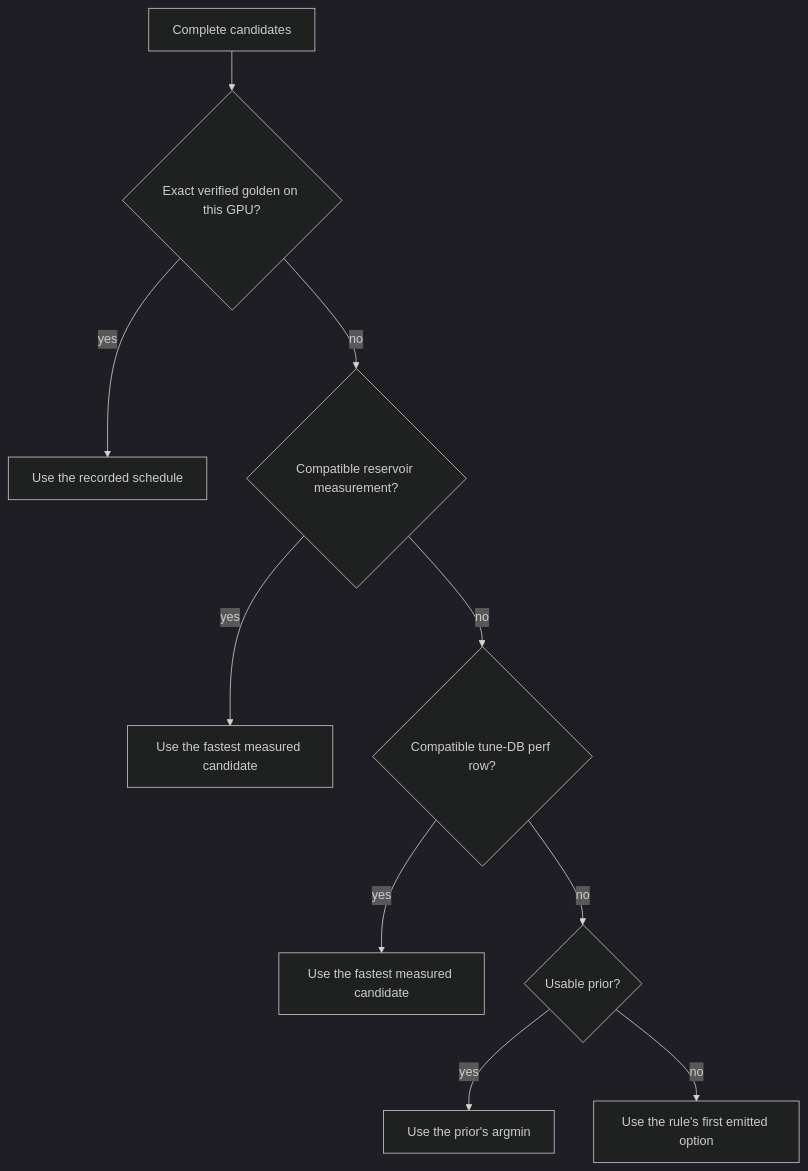
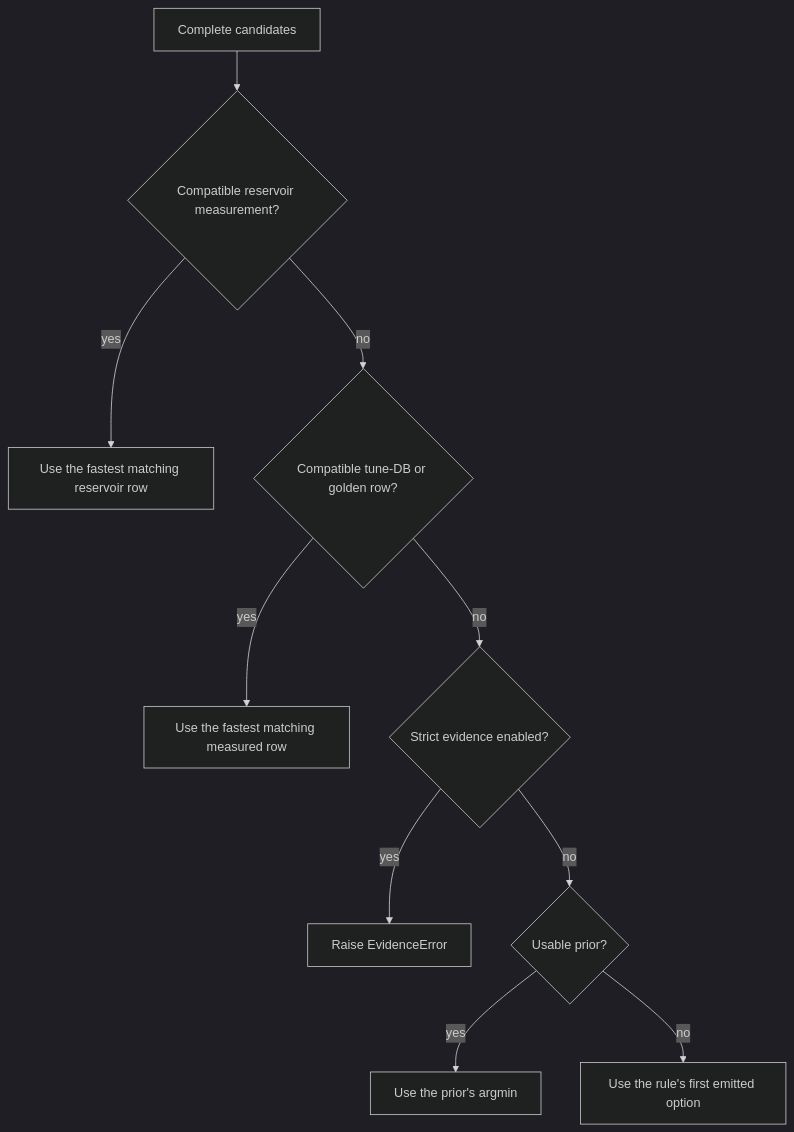
One commit to cloudrift-ai/emmy changed the first of 3 diagrams in docs/docs/course/prior_and_goldens.mdx. Above: the diagram before and after it, drawn with Mermaid (dark theme). The commit also changed other lines of this file and 5 other files, not shown here.

````diff
--- a/docs/docs/course/prior_and_goldens.mdx
+++ b/docs/docs/course/prior_and_goldens.mdx
@@ -86,12 +87,12 @@
 ```mermaid
 flowchart TB
-    Start[Complete candidates] --> G{Exact verified golden on this GPU?}
-    G -->|yes| PickG[Use the recorded schedule]
-    G -->|no| R{Compatible reservoir measurement?}
-    R -->|yes| PickR[Use the fastest measured candidate]
-    R -->|no| DB{Compatible tune-DB perf row?}
-    DB -->|yes| PickDB[Use the fastest measured candidate]
-    DB -->|no| P{Usable prior?}
+    Start[Complete candidates] --> R{Compatible reservoir measurement?}
+    R -->|yes| PickR[Use the fastest matching reservoir row]
+    R -->|no| Index{Compatible tune-DB or golden row?}
+    Index -->|yes| PickM[Use the fastest matching measured row]
+    Index -->|no| Strict{Strict evidence enabled?}
+    Strict -->|yes| Error[Raise EvidenceError]
+    Strict -->|no| P{Usable prior?}
     P -->|yes| PickP[Use the prior's argmin]
     P -->|no| First[Use the rule's first emitted option]
 ```
````
